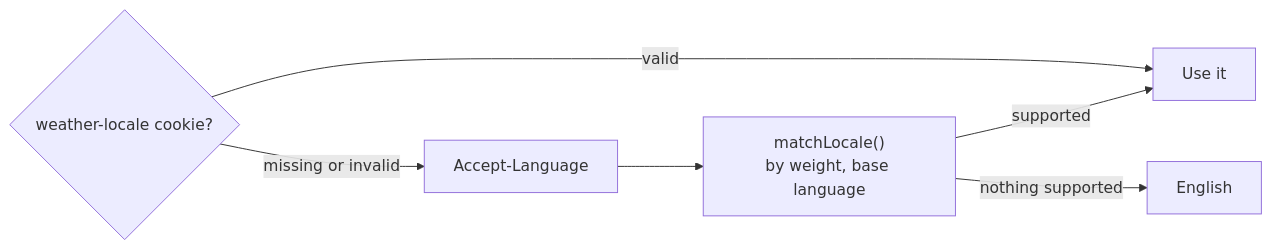
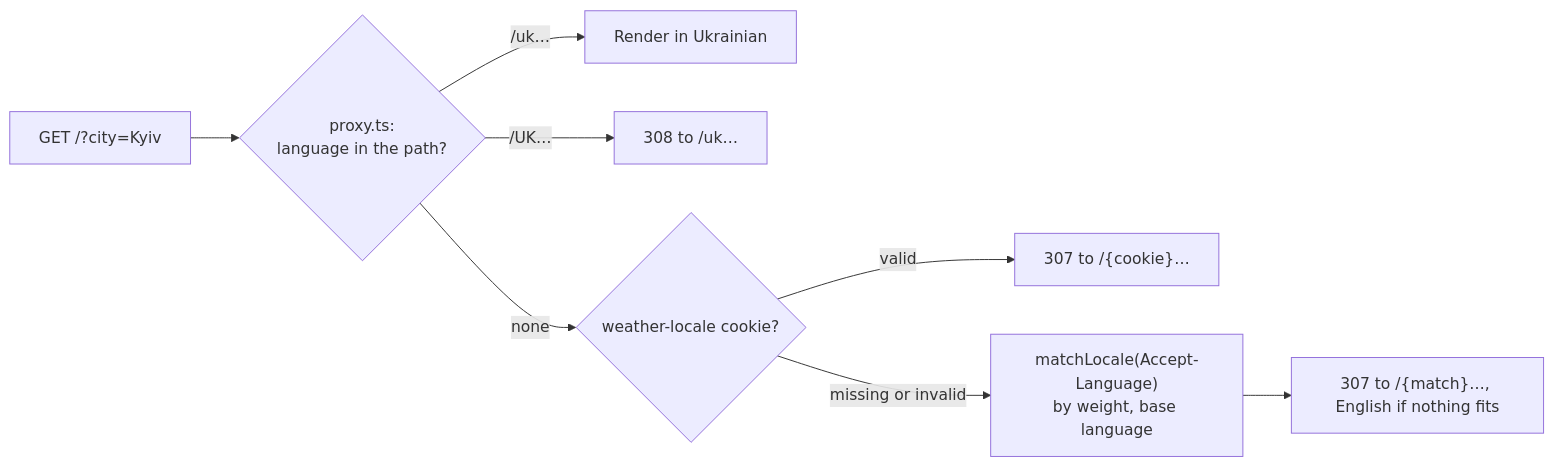
The first of 2 diagrams in docs/i18n.md (sacrificed666/next-weather-app), drawn with Mermaid before and after one commit. The commit also changed other lines of this file and 14 other files, not shown here.

````diff
--- a/docs/i18n.md
+++ b/docs/i18n.md
@@ -7,8 +9,10 @@
 ```mermaid
 flowchart LR
-  Cookie{"weather-locale cookie?"} -- "valid" --> Use[Use it]
-  Cookie -- "missing or invalid" --> Header["Accept-Language"]
-  Header --> Match["matchLocale()<br/>by weight, base language"]
-  Match -- "supported" --> Use
-  Match -- "nothing supported" --> English[English]
+  Request["GET /?city=Kyiv"] --> Proxy{"proxy.ts:<br/>language in the path?"}
+  Proxy -- "/uk…" --> Render["Render in Ukrainian"]
+  Proxy -- "/UK…" --> Lower["308 to /uk…"]
+  Proxy -- "none" --> Cookie{"weather-locale cookie?"}
+  Cookie -- "valid" --> Redirect["307 to /{cookie}…"]
+  Cookie -- "missing or invalid" --> Match["matchLocale(Accept-Language)<br/>by weight, base language"]
+  Match --> Redirect2["307 to /{match}…, English if nothing fits"]
 ```
````
